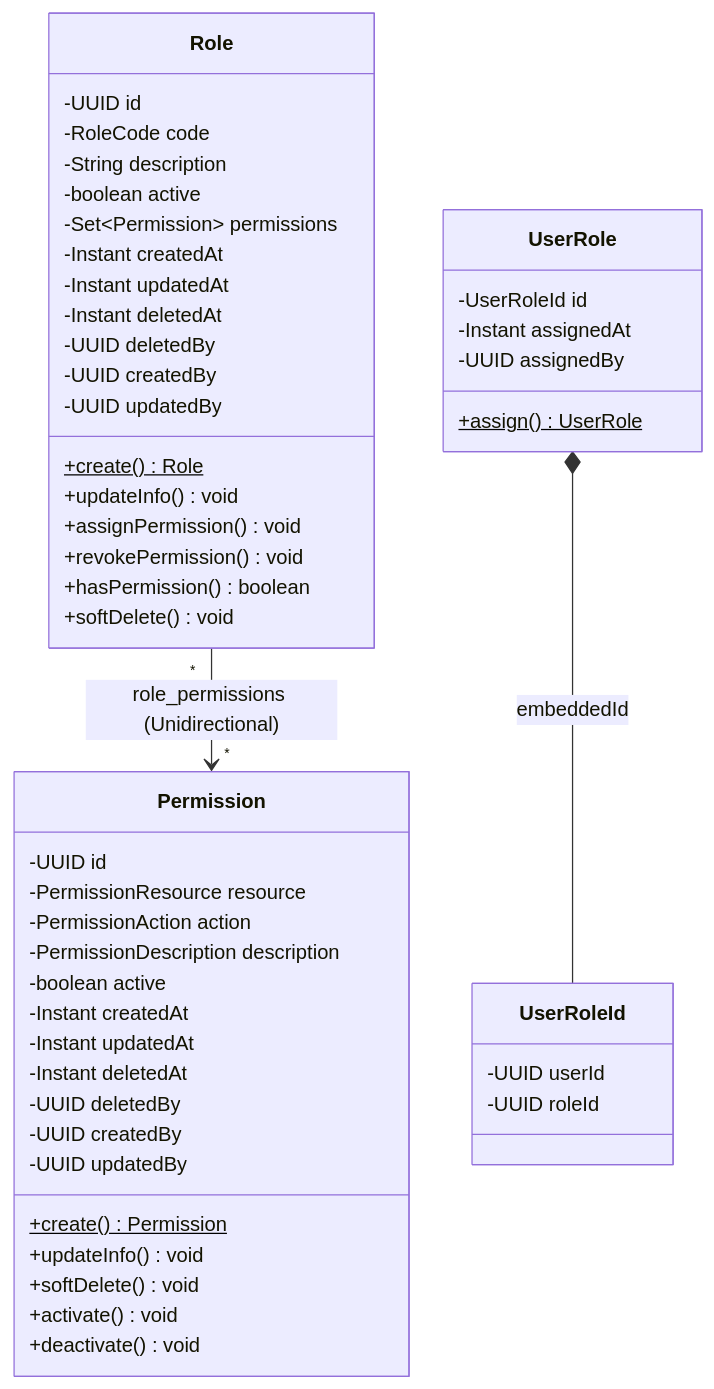
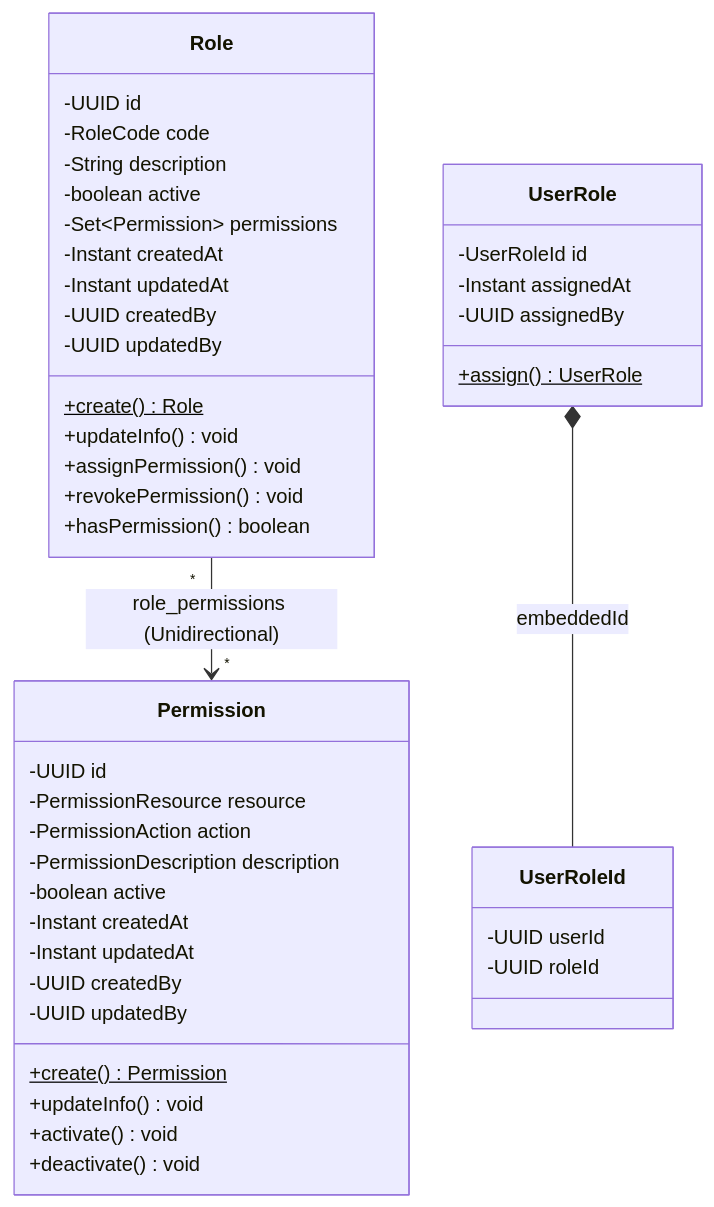
One commit to MaiTheHao/vaops changed the third of 3 diagrams in docs/superpowers/specs/2026-07-29-authorization-v2-refactoring-design.md. Above: the diagram before and after it, drawn with Mermaid. The commit also changed other lines of this file, not shown here.

Commit message:
docs(authorization): update architecture spec to use Hard Delete for RBAC

````diff
--- a/docs/superpowers/specs/2026-07-29-authorization-v2-refactoring-design.md
+++ b/docs/superpowers/specs/2026-07-29-authorization-v2-refactoring-design.md
@@ -452,59 +427,53 @@
 ```mermaid
 classDiagram
-    accTitle: Authorization Refactored Domain Model V2
-    accDescr: Class diagram showing Rich Permission, Role, UserRole entities with Value Objects and Unidirectional Many-to-Many
+    accTitle: Authorization Refactored Domain Model V2 (Hard Delete)
+    accDescr: Class diagram showing Rich Permission, Role, UserRole entities with Hard Delete & Unidirectional Many-to-Many
 
     class Permission {
         -UUID id
         -PermissionResource resource
         -PermissionAction action
         -PermissionDescription description
         -boolean active
         -Instant createdAt
         -Instant updatedAt
-        -Instant deletedAt
-        -UUID deletedBy
         -UUID createdBy
         -UUID updatedBy
         +create() Permission$
         +updateInfo() void
-        +softDelete() void
         +activate() void
         +deactivate() void
     }
 
     class Role {
         -UUID id
         -RoleCode code
         -String description
         -boolean active
         -Set~Permission~ permissions
         -Instant createdAt
         -Instant updatedAt
-        -Instant deletedAt
-        -UUID deletedBy
         -UUID createdBy
         -UUID updatedBy
         +create() Role$
         +updateInfo() void
         +assignPermission() void
         +revokePermission() void
         +hasPermission() boolean
-        +softDelete() void
     }
 
     class UserRole {
         -UserRoleId id
         -Instant assignedAt
         -UUID assignedBy
         +assign() UserRole$
     }
 
     class UserRoleId {
         -UUID userId
         -UUID roleId
     }
 
     Role "*" --> "*" Permission : role_permissions (Unidirectional)
     UserRole *-- UserRoleId : embeddedId
 ```
````
